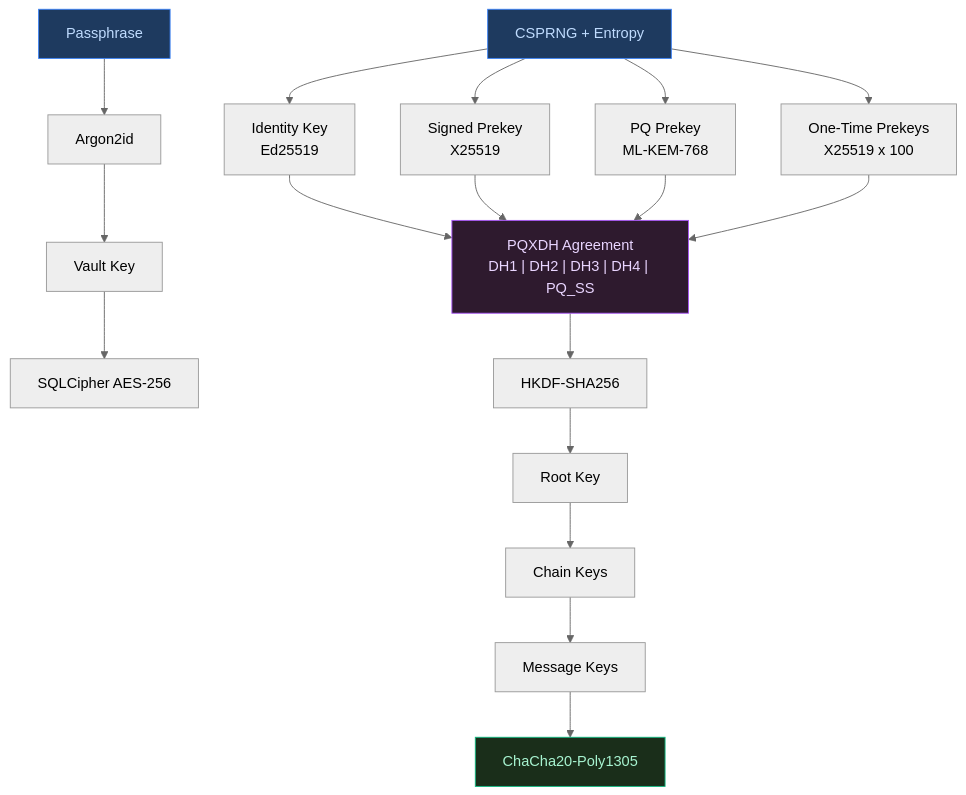
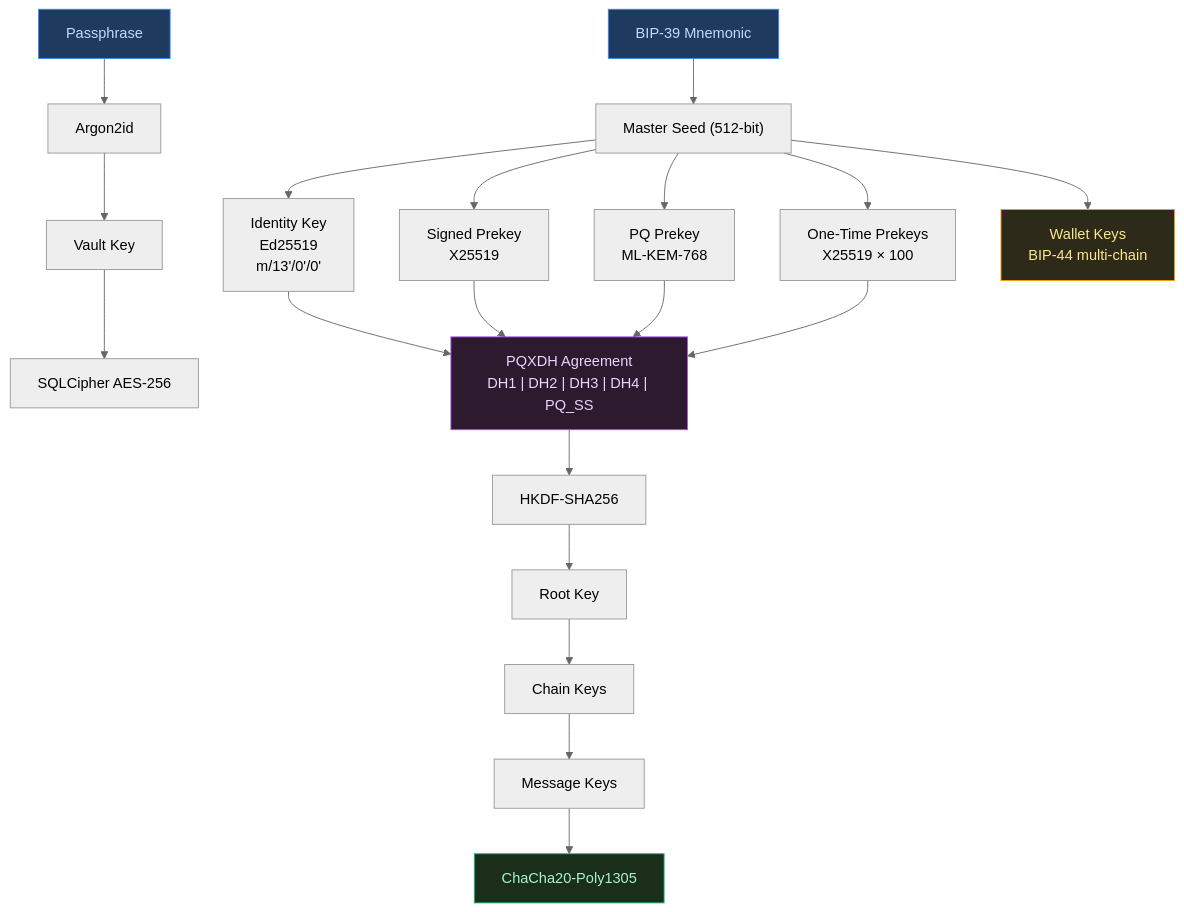
The fourth of 5 diagrams in readme.md (Ashutosh0x/hades-messaging), drawn with Mermaid (neutral theme) before and after one commit. The commit also changed other lines of this file and 99 other files, not shown here.

````diff
--- a/readme.md
+++ b/readme.md
@@ -233,26 +398,30 @@
 ```mermaid
 graph TB
     PASS["Passphrase"] --> ARGON["Argon2id"] --> VAULT["Vault Key"]
     VAULT --> SQL["SQLCipher AES-256"]
 
-    CSPRNG["CSPRNG + Entropy"] --> IK["Identity Key<br/>Ed25519"]
-    CSPRNG --> SPK["Signed Prekey<br/>X25519"]
-    CSPRNG --> PQSPK["PQ Prekey<br/>ML-KEM-768"]
-    CSPRNG --> OPK["One-Time Prekeys<br/>X25519 x 100"]
+    MNEMONIC["BIP-39 Mnemonic"] --> MASTER["Master Seed (512-bit)"]
+
+    MASTER --> IK["Identity Key<br/>Ed25519<br/>m/13'/0'/0'"]
+    MASTER --> SPK["Signed Prekey<br/>X25519"]
+    MASTER --> PQSPK["PQ Prekey<br/>ML-KEM-768"]
+    MASTER --> OPK["One-Time Prekeys<br/>X25519 × 100"]
+    MASTER --> WALLET["Wallet Keys<br/>BIP-44 multi-chain"]
 
     IK --> PQXDH["PQXDH Agreement<br/>DH1 | DH2 | DH3 | DH4 | PQ_SS"]
     SPK --> PQXDH
     PQSPK --> PQXDH
     OPK --> PQXDH
 
     PQXDH --> HKDF["HKDF-SHA256"]
     HKDF --> RK["Root Key"]
     RK --> CK["Chain Keys"]
     CK --> MK["Message Keys"]
     MK --> CHACHA["ChaCha20-Poly1305"]
 
     style PASS fill:#1e3a5f,stroke:#3b82f6,color:#bfdbfe
-    style CSPRNG fill:#1e3a5f,stroke:#3b82f6,color:#bfdbfe
+    style MNEMONIC fill:#1e3a5f,stroke:#3b82f6,color:#bfdbfe
     style PQXDH fill:#2e1a2e,stroke:#a855f7,color:#e9d5ff
     style CHACHA fill:#1a2e1a,stroke:#10b981,color:#a7f3d0
+    style WALLET fill:#2e2a1a,stroke:#f59e0b,color:#fde68a
 ```
````
